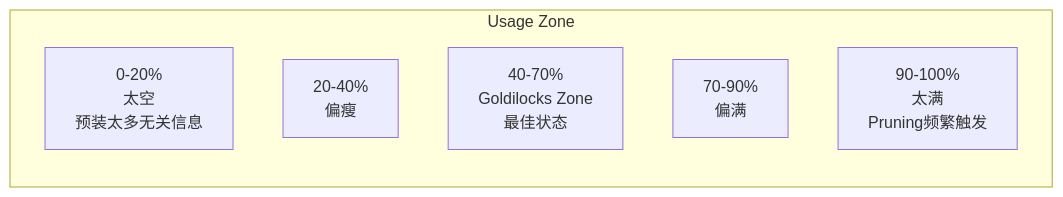
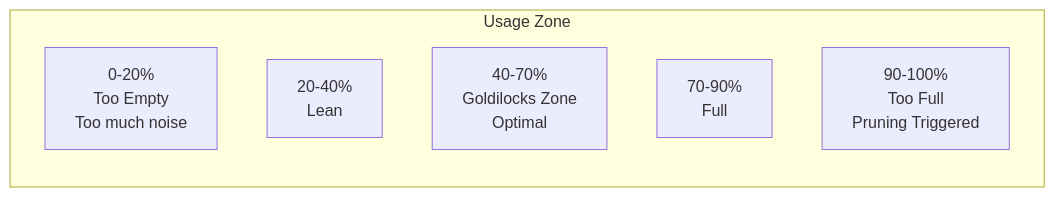
The eighth of 8 diagrams in progress/TECH-CONTEXT.md (MiyakoMeow/neco), drawn with Mermaid before and after one commit. The commit also changed other lines of this file and 10 other files, not shown here.

````diff
--- a/progress/TECH-CONTEXT.md
+++ b/progress/TECH-CONTEXT.md
@@ -285,10 +380,10 @@
 ```mermaid
 graph LR
     subgraph "Usage Zone"
-        L1[0-20%<br/>太空<br/>预装太多无关信息]
-        L2[20-40%<br/>偏瘦]
-        L3[40-70%<br/>Goldilocks Zone<br/>最佳状态]
-        L4[70-90%<br/>偏满]
-        L5[90-100%<br/>太满<br/>Pruning频繁触发]
+        L1[0-20%<br/>Too Empty<br/>Too much noise]
+        L2[20-40%<br/>Lean]
+        L3[40-70%<br/>Goldilocks Zone<br/>Optimal]
+        L4[70-90%<br/>Full]
+        L5[90-100%<br/>Too Full<br/>Pruning Triggered]
     end
 ```
````
